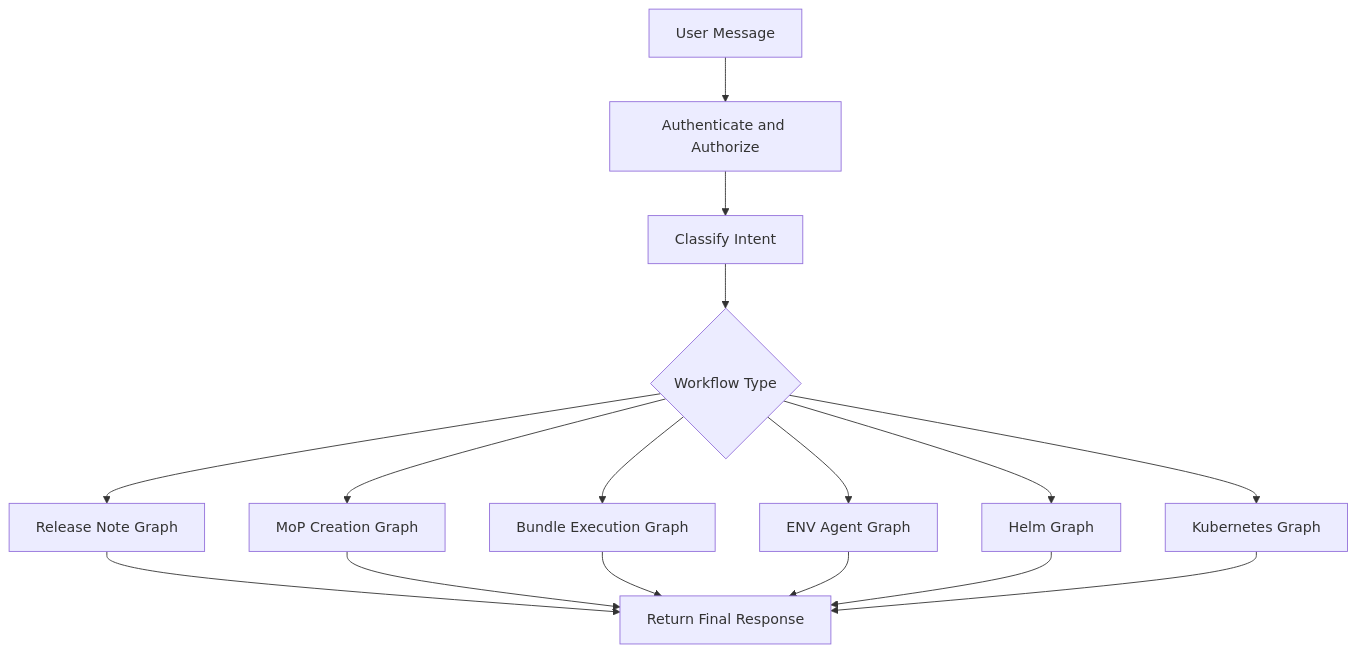
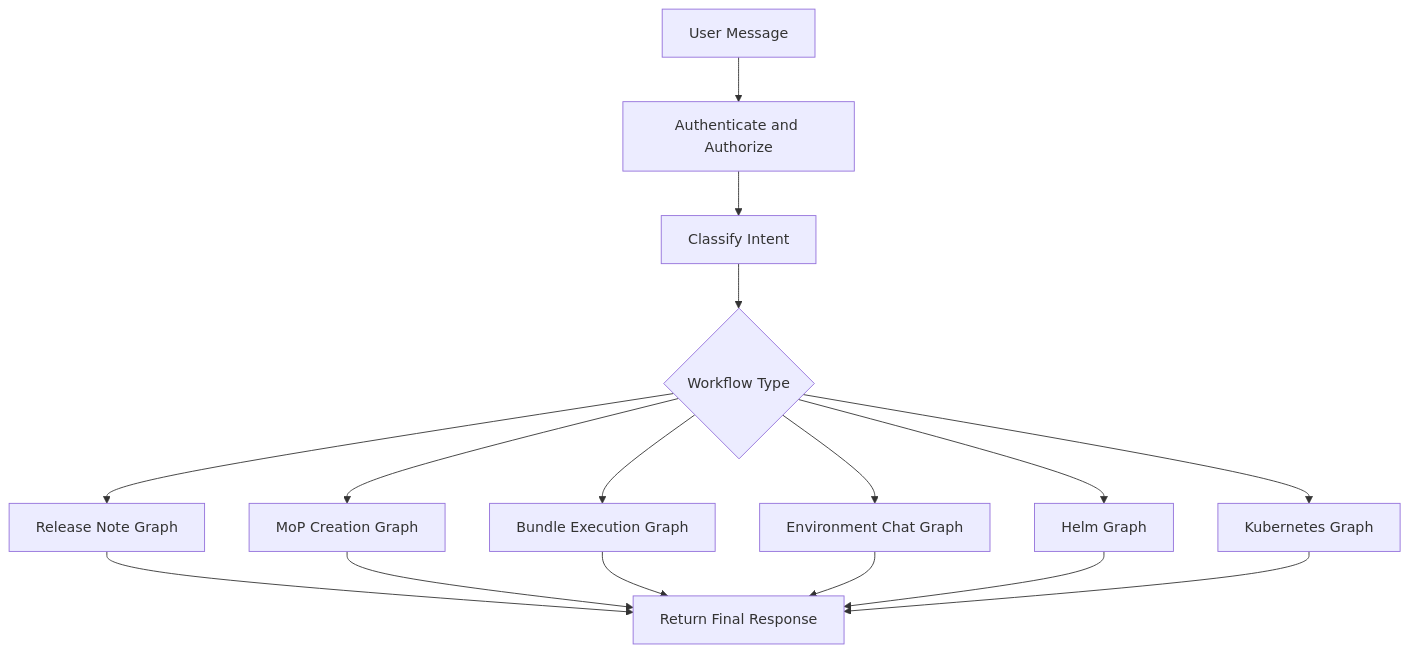
Before and after one commit to aveeshek/bosgenesis-esda: the second of 4 diagrams in knowledge-base/project_architecture_specification.md, drawn with Mermaid. The commit also changed other lines of this file and 2 other files, not shown here.

Commit message:
Update architecture documentation to current implementation

````diff
--- a/knowledge-base/project_architecture_specification.md
+++ b/knowledge-base/project_architecture_specification.md
@@ -620,18 +608,18 @@
 ```mermaid
 flowchart TD
     A[User Message] --> B[Authenticate and Authorize]
     B --> C[Classify Intent]
     C --> D{Workflow Type}
     D --> RN[Release Note Graph]
     D --> MC[MoP Creation Graph]
     D --> ME[Bundle Execution Graph]
-    D --> ENV[ENV Agent Graph]
+    D --> ENV[Environment Chat Graph]
     D --> HELM[Helm Graph]
     D --> K8S[Kubernetes Graph]
     RN --> R[Return Final Response]
     MC --> R
     ME --> R
     ENV --> R
     HELM --> R
     K8S --> R
 ```
````
